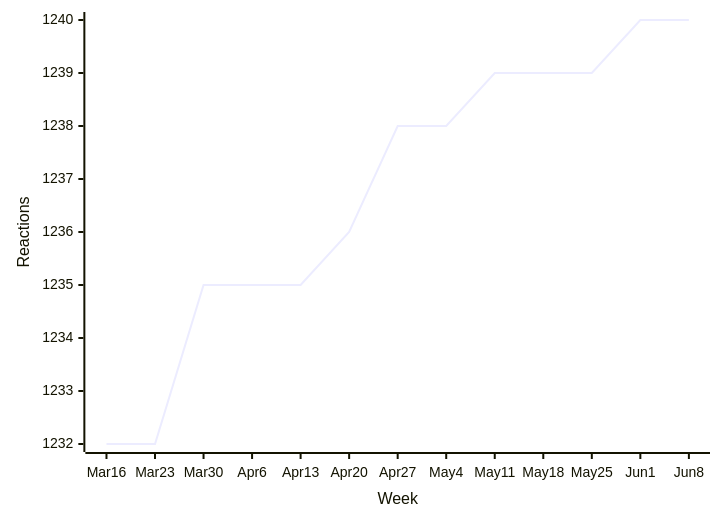
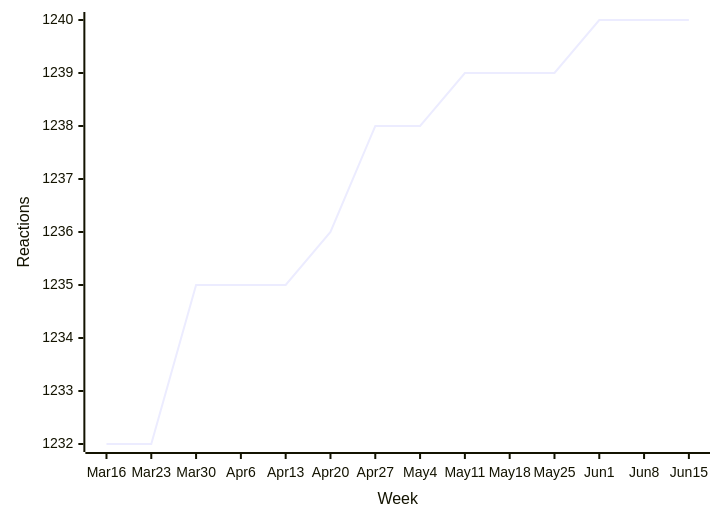
Diagram 15 of 47 in README.md (loic-sharma/github-insights), drawn with Mermaid before and after one commit. The commit also changed other lines of this file and 3 other files, not shown here.

````diff
--- a/README.md
+++ b/README.md
@@ -577,6 +577,6 @@
   ```mermaid
   xychart-beta
-    x-axis "Week" [Mar 16, Mar 23, Mar 30, Apr 6, Apr 13, Apr 20, Apr 27, May 4, May 11, May 18, May 25, Jun 1, Jun 8]
+    x-axis "Week" [Mar 16, Mar 23, Mar 30, Apr 6, Apr 13, Apr 20, Apr 27, May 4, May 11, May 18, May 25, Jun 1, Jun 8, Jun 15]
     y-axis "Reactions"
-    line [1232, 1232, 1235, 1235, 1235, 1236, 1238, 1238, 1239, 1239, 1239, 1240, 1240]
+    line [1232, 1232, 1235, 1235, 1235, 1236, 1238, 1238, 1239, 1239, 1239, 1240, 1240, 1240]
   ```
````
